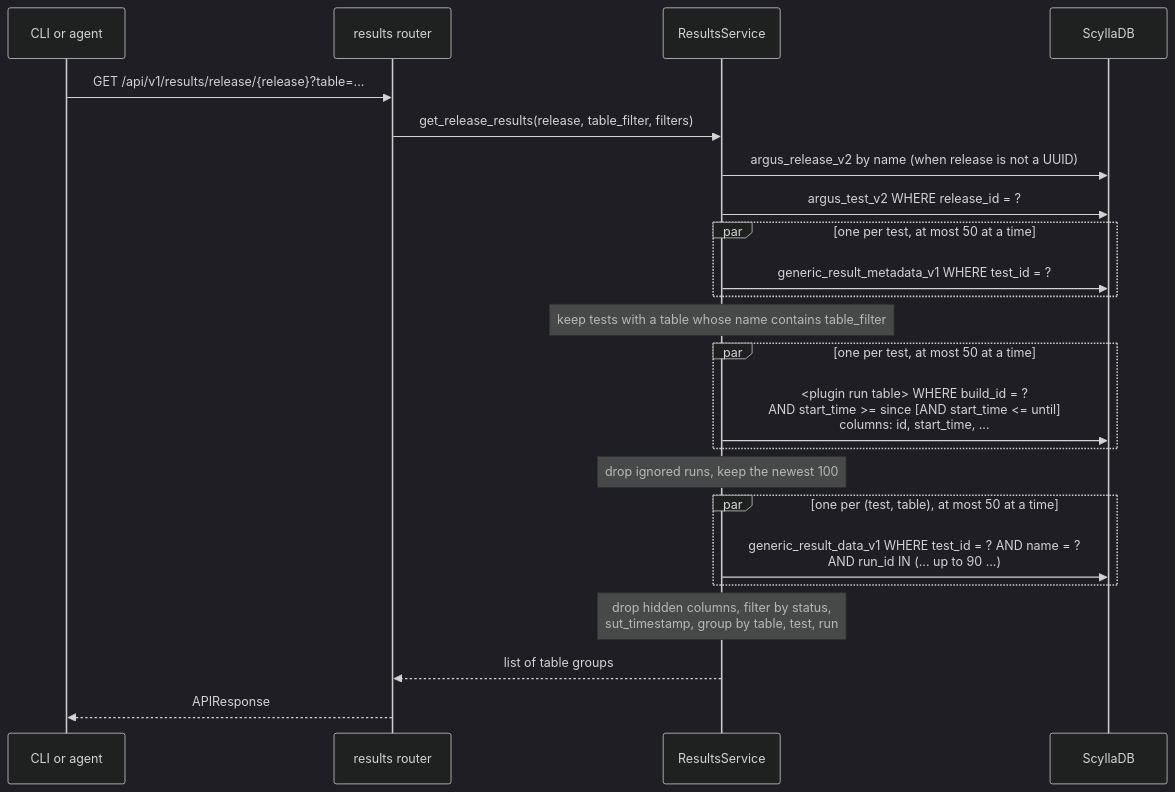
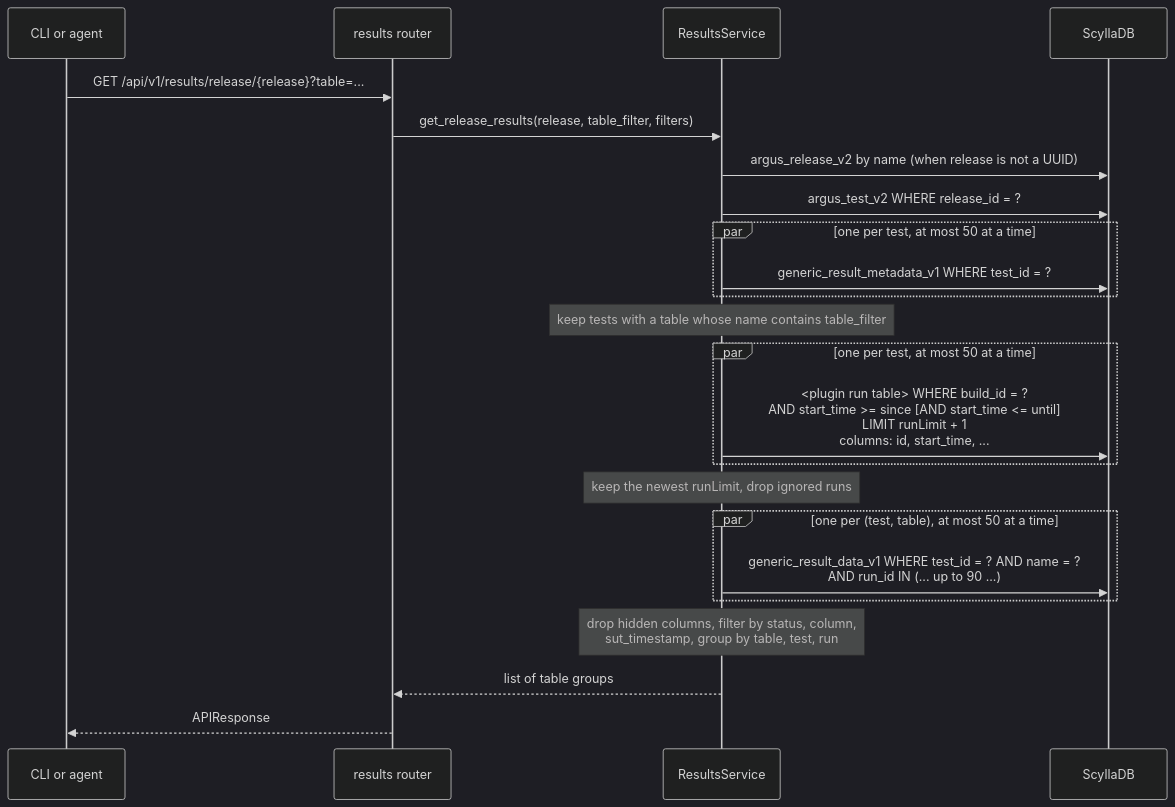
Before and after one commit to scylladb/argus: the diagram in tasks/ARGUS-176/spec.md, drawn with Mermaid (dark theme). The commit also changed other lines of this file and 7 other files, not shown here.

````diff
--- a/tasks/ARGUS-176/spec.md
+++ b/tasks/ARGUS-176/spec.md
@@ -48,25 +47,25 @@
 ```mermaid
 sequenceDiagram
     participant C as CLI or agent
     participant R as results router
     participant S as ResultsService
     participant DB as ScyllaDB
     C->>R: GET /api/v1/results/release/{release}?table=...
     R->>S: get_release_results(release, table_filter, filters)
     S->>DB: argus_release_v2 by name (when release is not a UUID)
     S->>DB: argus_test_v2 WHERE release_id = ?
     par one per test, at most 50 at a time
         S->>DB: generic_result_metadata_v1 WHERE test_id = ?
     end
     Note over S: keep tests with a table whose name contains table_filter
     par one per test, at most 50 at a time
-        S->>DB: <plugin run table> WHERE build_id = ?<br/>AND start_time >= since [AND start_time <= until]<br/>columns: id, start_time, ...
+        S->>DB: <plugin run table> WHERE build_id = ?<br/>AND start_time >= since [AND start_time <= until]<br/>LIMIT runLimit + 1<br/>columns: id, start_time, ...
     end
-    Note over S: drop ignored runs, keep the newest 100
+    Note over S: keep the newest runLimit, drop ignored runs
     par one per (test, table), at most 50 at a time
         S->>DB: generic_result_data_v1 WHERE test_id = ? AND name = ?<br/>AND run_id IN (... up to 90 ...)
     end
-    Note over S: drop hidden columns, filter by status,<br/>sut_timestamp, group by table, test, run
+    Note over S: drop hidden columns, filter by status, column,<br/>sut_timestamp, group by table, test, run
     S-->>R: list of table groups
     R-->>C: APIResponse
 ```
````
